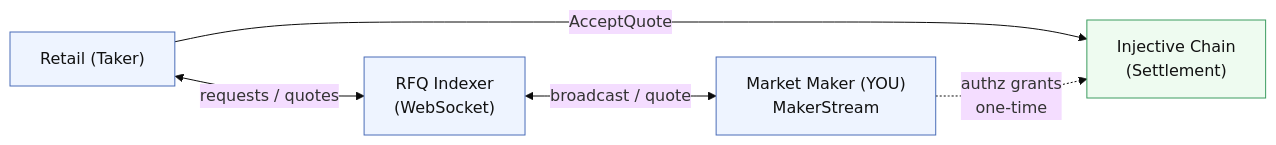
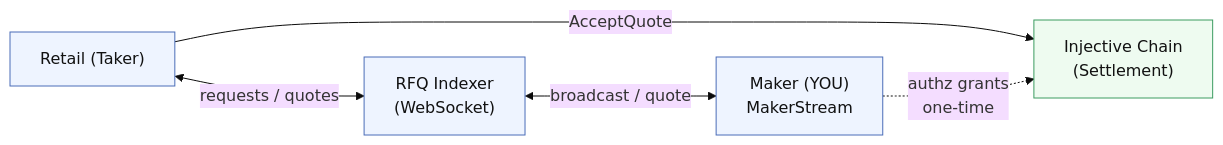
One commit to TrueCurrent/truecurrent-docs changed the diagram in mintlify/market-makers/integration/architecture.md. Above: the diagram before and after it, drawn with Mermaid (base theme). The commit also changed other lines of this file and 55 other files, not shown here.

````diff
--- a/mintlify/market-makers/integration/architecture.md
+++ b/mintlify/market-makers/integration/architecture.md
@@ -7,17 +7,17 @@
 ```mermaid
 flowchart LR
     Taker["Retail (Taker)"]
     Indexer["RFQ Indexer<br/>(WebSocket)"]
-    MM["Market Maker (YOU)<br/>MakerStream"]
+    MM["Maker (YOU)<br/>MakerStream"]
     Chain["Injective Chain<br/>(Settlement)"]
 
     Taker <-->|requests / quotes| Indexer
     Indexer <-->|broadcast / quote| MM
     Taker -->|AcceptQuote| Chain
     MM -.->|authz grants<br/>one-time| Chain
 
     classDef offchain fill:#eef4ff,stroke:#4a6db8,color:#111
     classDef onchain fill:#eefbf0,stroke:#3c9c60,color:#111
     class Taker,Indexer,MM offchain
     class Chain onchain
 ```
````
